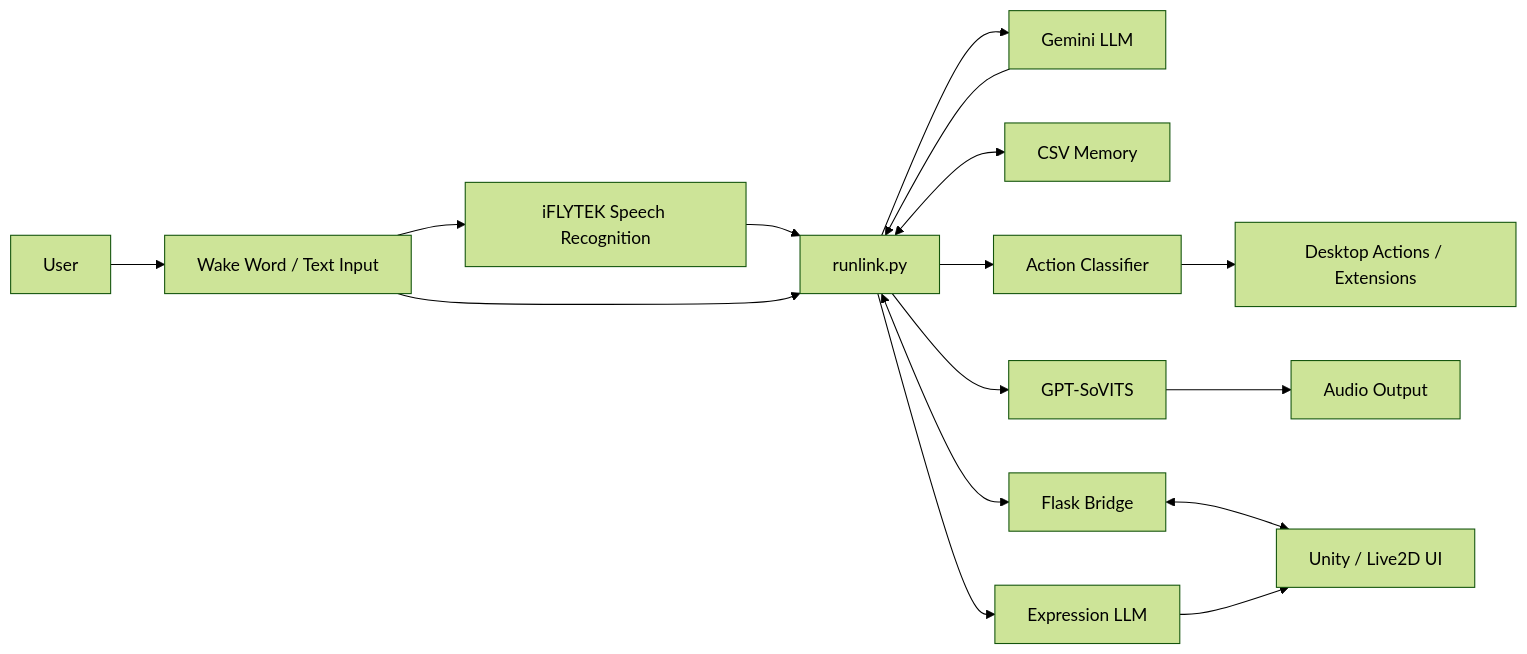
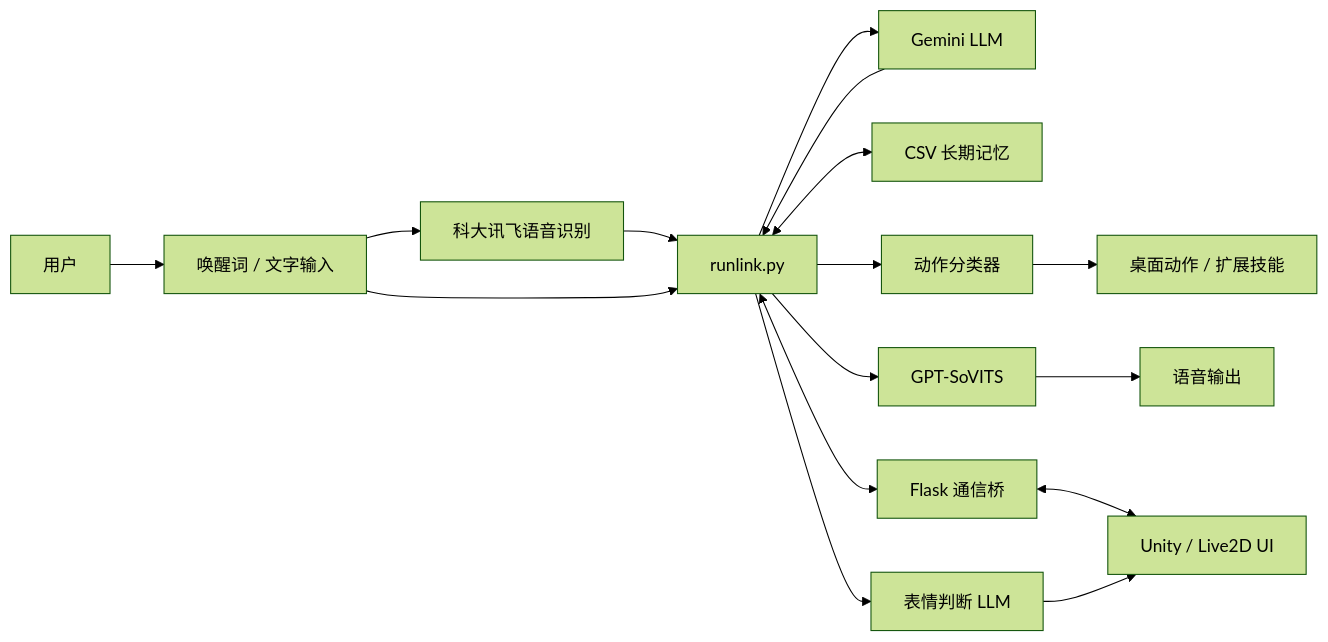
The diagram in README.md (Ink-bai5844/TianBaiAI-core-Alpha), drawn with Mermaid (forest theme) before and after one commit. The commit also changed other lines of this file, not shown here.

````diff
--- a/README.md
+++ b/README.md
@@ -127,23 +142,23 @@
 ```mermaid
 flowchart LR
-    U[User] --> W[Wake Word / Text Input]
-    W --> ASR[iFLYTEK Speech Recognition]
+    U[用户] --> W[唤醒词 / 文字输入]
+    W --> ASR[科大讯飞语音识别]
     ASR --> R[runlink.py]
     W --> R
 
     R --> L[Gemini LLM]
     L --> R
 
-    R <--> M[CSV Memory]
-    R --> A[Action Classifier]
-    A --> E[Desktop Actions / Extensions]
+    R <--> M[CSV 长期记忆]
+    R --> A[动作分类器]
+    A --> E[桌面动作 / 扩展技能]
 
     R --> T[GPT-SoVITS]
-    T --> O[Audio Output]
+    T --> O[语音输出]
 
-    R <--> API[Flask Bridge]
+    R <--> API[Flask 通信桥]
     API <--> UI[Unity / Live2D UI]
 
-    R --> X[Expression LLM]
+    R --> X[表情判断 LLM]
     X --> UI
 ```
````
